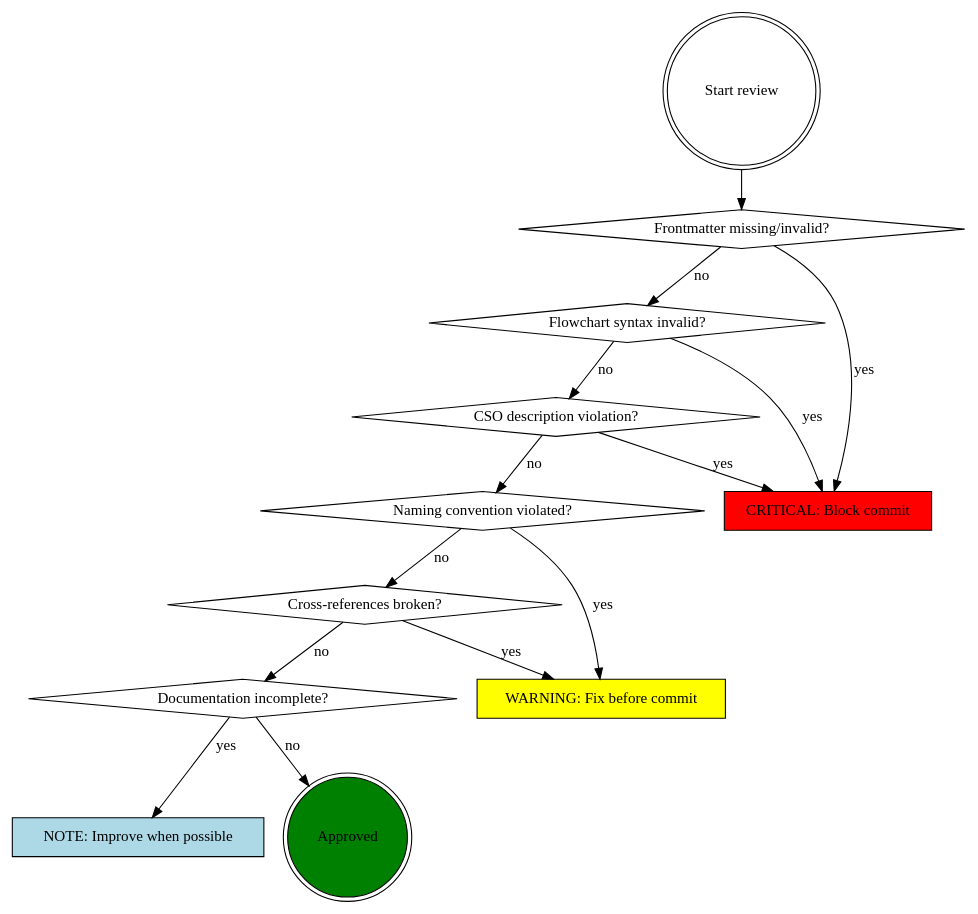
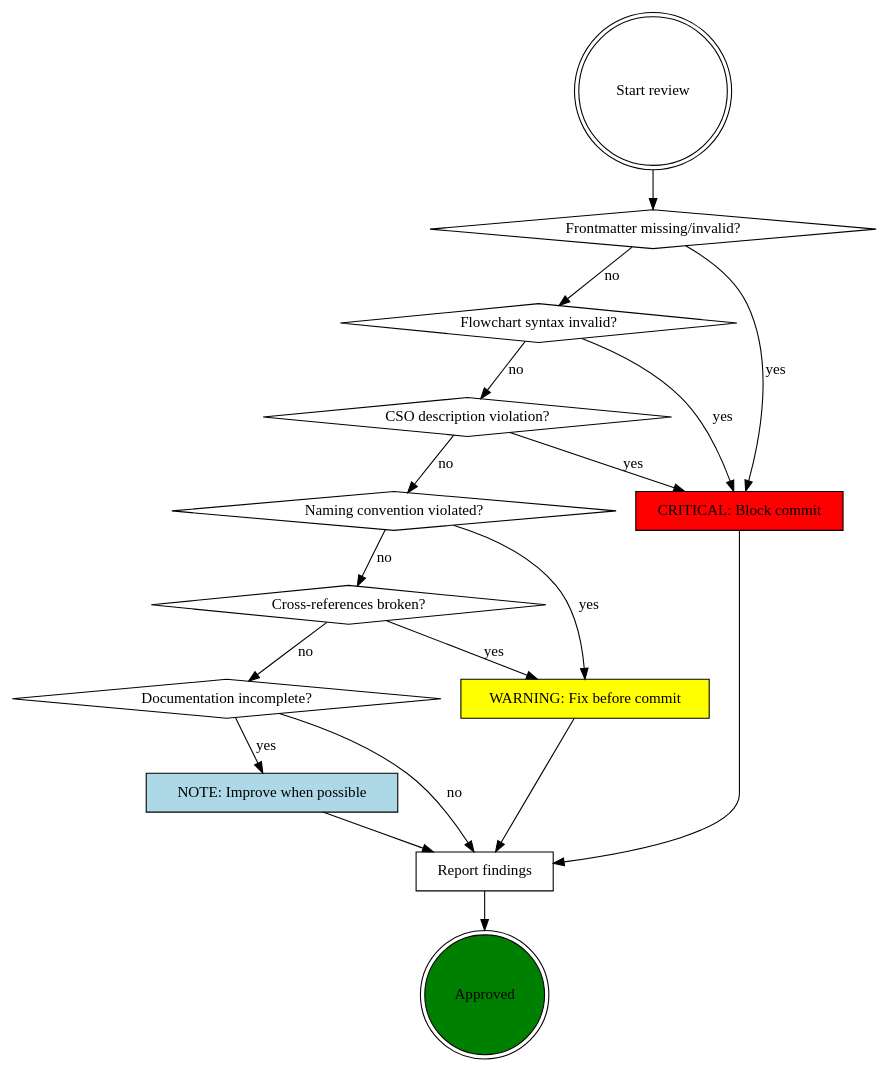
The diagram in skill-review/SKILL.md (mdproctor/cc-praxis), drawn with Graphviz before and after one commit. The commit also changed 10 other files, not shown here.

````diff
--- a/skill-review/SKILL.md
+++ b/skill-review/SKILL.md
@@ -120,29 +120,34 @@
 ```dot
 digraph severity_flow {
     "Start review" [shape=doublecircle];
     "Frontmatter missing/invalid?" [shape=diamond];
     "Flowchart syntax invalid?" [shape=diamond];
     "CSO description violation?" [shape=diamond];
     "Naming convention violated?" [shape=diamond];
     "Cross-references broken?" [shape=diamond];
     "Documentation incomplete?" [shape=diamond];
     "CRITICAL: Block commit" [shape=box, style=filled, fillcolor=red];
     "WARNING: Fix before commit" [shape=box, style=filled, fillcolor=yellow];
     "NOTE: Improve when possible" [shape=box, style=filled, fillcolor=lightblue];
+    "Report findings" [shape=box];
     "Approved" [shape=doublecircle, style=filled, fillcolor=green];
 
     "Start review" -> "Frontmatter missing/invalid?";
     "Frontmatter missing/invalid?" -> "CRITICAL: Block commit" [label="yes"];
     "Frontmatter missing/invalid?" -> "Flowchart syntax invalid?" [label="no"];
     "Flowchart syntax invalid?" -> "CRITICAL: Block commit" [label="yes"];
     "Flowchart syntax invalid?" -> "CSO description violation?" [label="no"];
     "CSO description violation?" -> "CRITICAL: Block commit" [label="yes"];
     "CSO description violation?" -> "Naming convention violated?" [label="no"];
     "Naming convention violated?" -> "WARNING: Fix before commit" [label="yes"];
     "Naming convention violated?" -> "Cross-references broken?" [label="no"];
     "Cross-references broken?" -> "WARNING: Fix before commit" [label="yes"];
     "Cross-references broken?" -> "Documentation incomplete?" [label="no"];
     "Documentation incomplete?" -> "NOTE: Improve when possible" [label="yes"];
-    "Documentation incomplete?" -> "Approved" [label="no"];
+    "Documentation incomplete?" -> "Report findings" [label="no"];
+    "CRITICAL: Block commit" -> "Report findings";
+    "WARNING: Fix before commit" -> "Report findings";
+    "NOTE: Improve when possible" -> "Report findings";
+    "Report findings" -> "Approved";
 }
 ```
````
